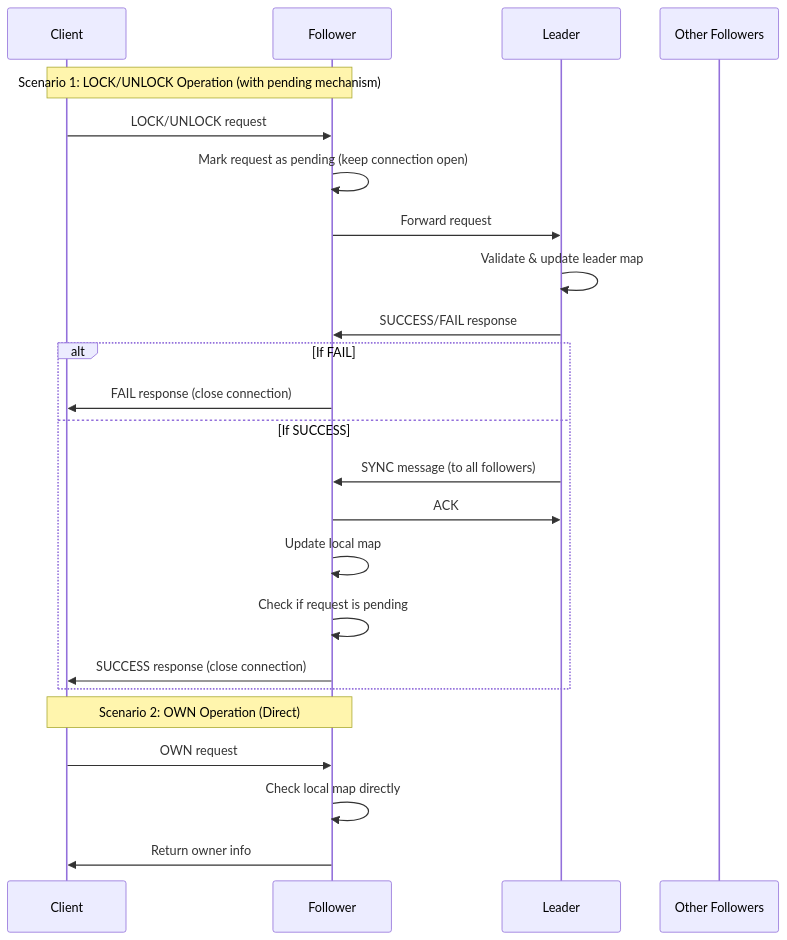
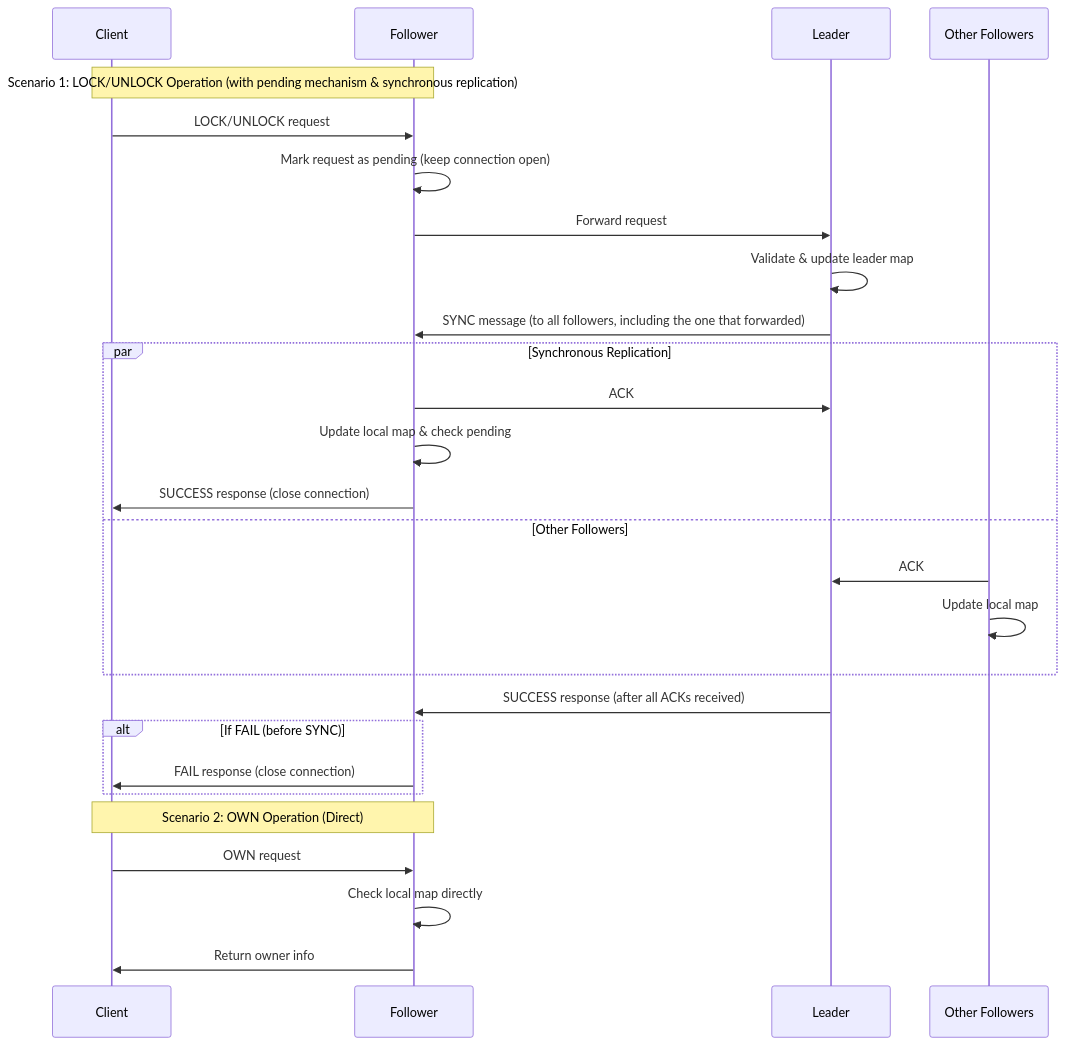
One commit to alexandrabaron/distributed-lock-system changed the diagram in README.md. Above: the diagram before and after it, drawn with Mermaid. The commit also changed 4 other files, not shown here.

Commit message:
Utilisation de CountDownLatch pour attendre tous les ACK Le leader attend jusqu'à 10 secondes que tous les followers répondent Les SYNC sont envoyés en parallèle, mais le leader bloque jusqu'à recevoir tous les ACK Gestion des erreurs : les erreurs sont trackées mais n'empêchent pas la continuation

````diff
--- a/README.md
+++ b/README.md
@@ -201,28 +201,31 @@
 ```mermaid
 sequenceDiagram
     participant C as Client
     participant F as Follower
     participant L as Leader
     participant F2 as Other Followers
 
-    Note over C,F: Scenario 1: LOCK/UNLOCK Operation (with pending mechanism)
+    Note over C,F: Scenario 1: LOCK/UNLOCK Operation (with pending mechanism & synchronous replication)
     C->>F: LOCK/UNLOCK request
     F->>F: Mark request as pending (keep connection open)
     F->>L: Forward request
     L->>L: Validate & update leader map
-    L->>F: SUCCESS/FAIL response
-    alt If FAIL
+    L->>F: SYNC message (to all followers, including the one that forwarded)
+    par Synchronous Replication
+        F->>L: ACK
+        F->>F: Update local map & check pending
+        F->>C: SUCCESS response (close connection)
+    and Other Followers
+        F2->>L: ACK
+        F2->>F2: Update local map
+    end
+    L->>F: SUCCESS response (after all ACKs received)
+    alt If FAIL (before SYNC)
         F->>C: FAIL response (close connection)
-    else If SUCCESS
-        L->>F: SYNC message (to all followers)
-        F->>L: ACK
-        F->>F: Update local map
-        F->>F: Check if request is pending
-        F->>C: SUCCESS response (close connection)
     end
 
     Note over C,F: Scenario 2: OWN Operation (Direct)
     C->>F: OWN request
     F->>F: Check local map directly
     F->>C: Return owner info
 ```
````
